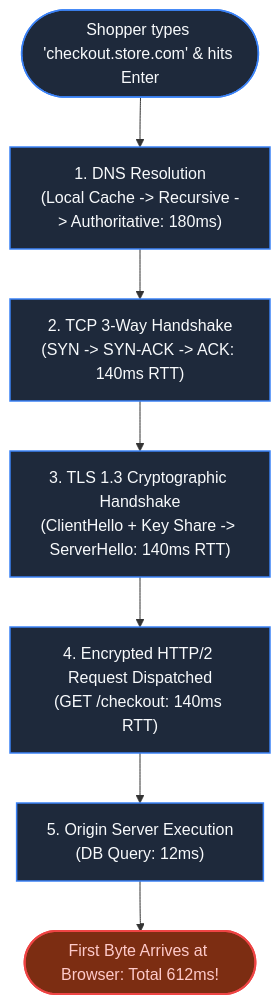
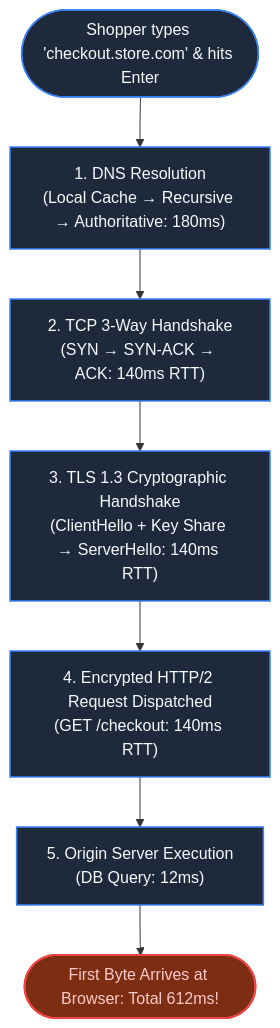
The first of 3 diagrams in book/part-01-request-anatomy/chapter-01-anatomy-of-a-keystroke.md (Priyeshnd555/systems-beyond-the-code), drawn with Mermaid before and after one commit. The commit also changed 33 other files, not shown here.

Commit message:
feat: add dynamic mermaid diagram sanitization and update chart syntax across book chapters

````diff
--- a/book/part-01-request-anatomy/chapter-01-anatomy-of-a-keystroke.md
+++ b/book/part-01-request-anatomy/chapter-01-anatomy-of-a-keystroke.md
@@ -13,13 +13,13 @@
 ```mermaid
 flowchart TD
-    User(["Shopper types 'checkout.store.com' & hits Enter"]) --> DNS["1. DNS Resolution\n(Local Cache -> Recursive -> Authoritative: 180ms)"]
-    DNS --> TCP["2. TCP 3-Way Handshake\n(SYN -> SYN-ACK -> ACK: 140ms RTT)"]
-    TCP --> TLS["3. TLS 1.3 Cryptographic Handshake\n(ClientHello + Key Share -> ServerHello: 140ms RTT)"]
+    User(["Shopper types 'checkout.store.com' & hits Enter"]) --> DNS["1. DNS Resolution\n(Local Cache → Recursive → Authoritative: 180ms)"]
+    DNS --> TCP["2. TCP 3-Way Handshake\n(SYN → SYN-ACK → ACK: 140ms RTT)"]
+    TCP --> TLS["3. TLS 1.3 Cryptographic Handshake\n(ClientHello + Key Share → ServerHello: 140ms RTT)"]
     TLS --> HTTP["4. Encrypted HTTP/2 Request Dispatched\n(GET /checkout: 140ms RTT)"]
     HTTP --> Srv["5. Origin Server Execution\n(DB Query: 12ms)"]
     Srv --> FirstByte(["First Byte Arrives at Browser: Total 612ms!"])
 
     classDef default fill:#1e293b,stroke:#3b82f6,stroke-width:1.5px,color:#f8fafc;
     classDef highlight fill:#7c2d12,stroke:#ef4444,stroke-width:2px,color:#fecaca;
     class FirstByte highlight;
 ```
````
